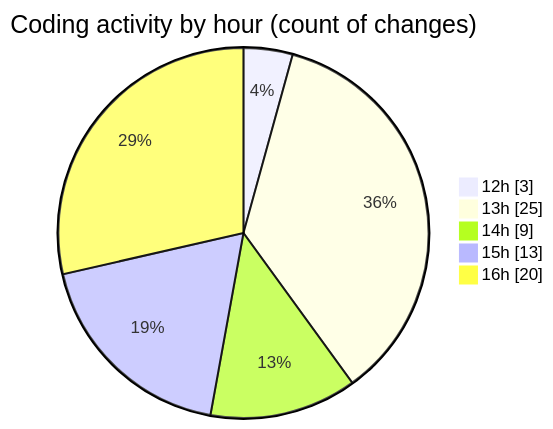
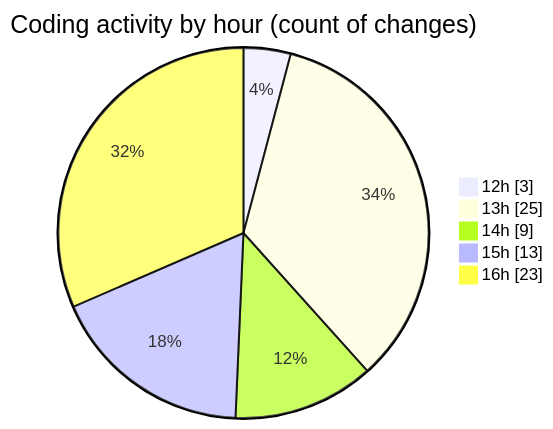
One commit to nxtqubesakshisongat/code-tracking changed the second of 2 diagrams in 2025-09-26/nxtqube_webapp/README.md. Above: the diagram before and after it, drawn with Mermaid. The commit also changed other lines of this file and 1 other file, not shown here.

````diff
--- a/2025-09-26/nxtqube_webapp/README.md
+++ b/2025-09-26/nxtqube_webapp/README.md
@@ -36,9 +36,9 @@
 ```mermaid
 pie showData
 title Coding activity by hour (count of changes)
 "12h" : 3
 "13h" : 25
 "14h" : 9
 "15h" : 13
-"16h" : 20
+"16h" : 23
 ```
````
